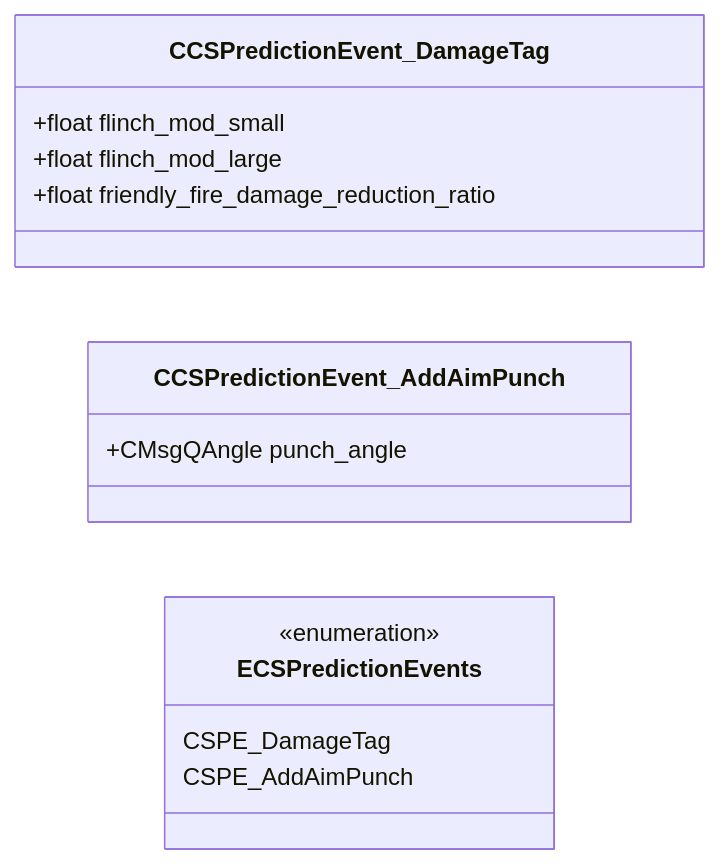
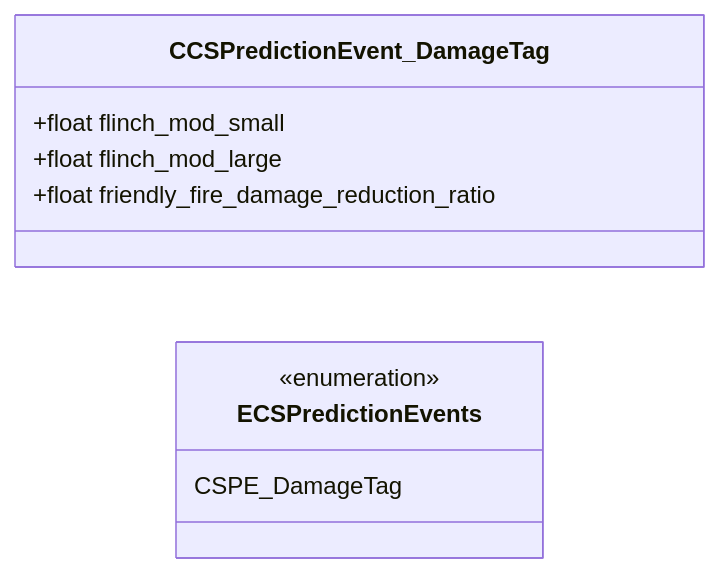
One commit to sid2934/CS2-OpenDevDocs changed the diagram in docs/proto/cs_prediction_events.md. Above: the diagram before and after it, drawn with Mermaid. The commit also changed other lines of this file and 2 other files, not shown here.

````diff
--- a/docs/proto/cs_prediction_events.md
+++ b/docs/proto/cs_prediction_events.md
@@ -14,21 +14,16 @@
 ```mermaid
 classDiagram
 direction LR
 
   class CCSPredictionEvent_DamageTag {
     +float flinch_mod_small
     +float flinch_mod_large
     +float friendly_fire_damage_reduction_ratio
   }
 
-  class CCSPredictionEvent_AddAimPunch {
-    +CMsgQAngle punch_angle
-  }
-
   class ECSPredictionEvents{
     <<enumeration>>
     CSPE_DamageTag
-    CSPE_AddAimPunch
   }
 
 ```
````
